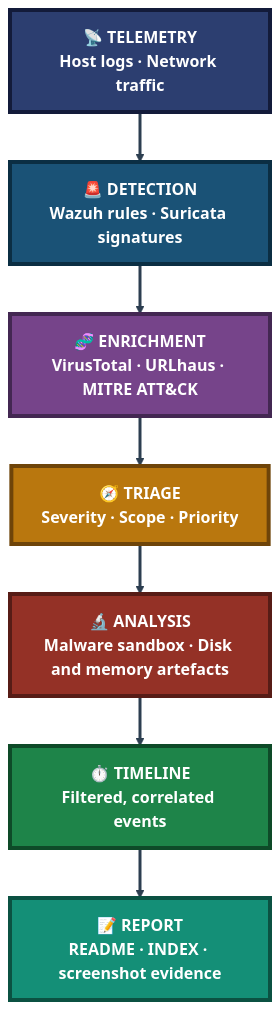
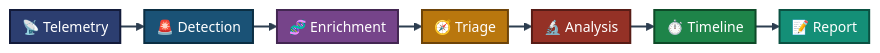
One commit to malaika-azhar/Cybersecurity-Lab-Projects changed the diagram in README.md. Above: the diagram before and after it, drawn with Mermaid. The commit also changed other lines of this file, not shown here.

````diff
--- a/README.md
+++ b/README.md
@@ -274,22 +302,13 @@
 ```mermaid
-flowchart TB
-    Tel["📡 TELEMETRY<br/>Host logs · Network traffic"]:::telClass
-    Det["🚨 DETECTION<br/>Wazuh rules · Suricata signatures"]:::detClass
-    Enr["🧬 ENRICHMENT<br/>VirusTotal · URLhaus · MITRE ATT&CK"]:::enrClass
-    Tri["🧭 TRIAGE<br/>Severity · Scope · Priority"]:::triClass
-    Ana["🔬 ANALYSIS<br/>Malware sandbox · Disk and memory artefacts"]:::anaClass
-    Tim["⏱️ TIMELINE<br/>Filtered, correlated events"]:::timClass
-    Rep["📝 REPORT<br/>README · INDEX · screenshot evidence"]:::repClass
-
-    Tel --> Det --> Enr --> Tri --> Ana --> Tim --> Rep
-
-    classDef telClass fill:#2C3E70,stroke:#131B3A,stroke-width:4px,color:#FFFFFF,font-weight:bold
-    classDef detClass fill:#1A5276,stroke:#0B2E43,stroke-width:4px,color:#FFFFFF,font-weight:bold
-    classDef enrClass fill:#76448A,stroke:#432752,stroke-width:4px,color:#FFFFFF,font-weight:bold
-    classDef triClass fill:#B9770E,stroke:#6E4409,stroke-width:4px,color:#FFFFFF,font-weight:bold
-    classDef anaClass fill:#943126,stroke:#571C16,stroke-width:4px,color:#FFFFFF,font-weight:bold
-    classDef timClass fill:#1E8449,stroke:#0E4A28,stroke-width:4px,color:#FFFFFF,font-weight:bold
-    classDef repClass fill:#148F77,stroke:#0B5142,stroke-width:4px,color:#FFFFFF,font-weight:bold
-
-    linkStyle default stroke:#2C3E50,stroke-width:3px
+%%{init: {'theme': 'base', 'themeVariables': {'fontSize': '14px'}, 'flowchart': {'nodeSpacing': 16, 'rankSpacing': 24, 'padding': 6}}}%%
+flowchart LR
+    A["📡 Telemetry"]:::c1 --> B["🚨 Detection"]:::c2 --> C["🧬 Enrichment"]:::c3 --> D["🧭 Triage"]:::c4 --> E["🔬 Analysis"]:::c5 --> F["⏱️ Timeline"]:::c6 --> G["📝 Report"]:::c7
+    classDef c1 fill:#2C3E70,stroke:#131B3A,stroke-width:2px,color:#FFFFFF
+    classDef c2 fill:#1A5276,stroke:#0B2E43,stroke-width:2px,color:#FFFFFF
+    classDef c3 fill:#76448A,stroke:#432752,stroke-width:2px,color:#FFFFFF
+    classDef c4 fill:#B9770E,stroke:#6E4409,stroke-width:2px,color:#FFFFFF
+    classDef c5 fill:#943126,stroke:#571C16,stroke-width:2px,color:#FFFFFF
+    classDef c6 fill:#1E8449,stroke:#0E4A28,stroke-width:2px,color:#FFFFFF
+    classDef c7 fill:#148F77,stroke:#0B5142,stroke-width:2px,color:#FFFFFF
+    linkStyle default stroke:#2C3E50,stroke-width:2px
 ```
````
